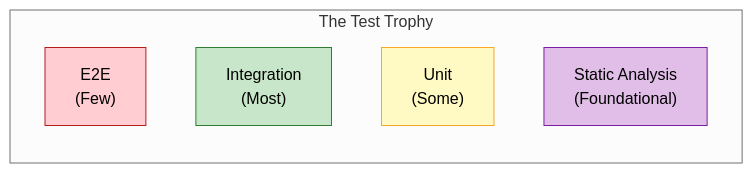
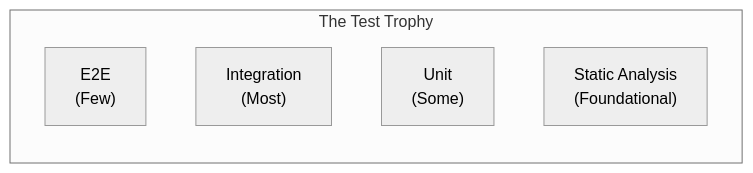
One commit to shivam-g-mishra/blog changed the second of 2 diagrams in docs/cicd/testing-quality.md. Above: the diagram before and after it, drawn with Mermaid. The commit also changed other lines of this file and 23 other files, not shown here.

First line of the commit message:
fix: improve Mermaid diagram visibility in dark mode

````diff
--- a/docs/cicd/testing-quality.md
+++ b/docs/cicd/testing-quality.md
@@ -261,16 +257,11 @@
 ```mermaid
 %%{init: {'theme': 'neutral'}}%%
 flowchart TB
     subgraph trophy["The Test Trophy"]
         direction TB
         E2E_T["E2E<br/>(Few)"]
         INT_T["Integration<br/>(Most)"]
         UNIT_T["Unit<br/>(Some)"]
         STATIC["Static Analysis<br/>(Foundational)"]
     end
-    
-    style E2E_T fill:#ffcdd2,stroke:#b71c1c
-    style INT_T fill:#c8e6c9,stroke:#2e7d32
-    style UNIT_T fill:#fff9c4,stroke:#f9a825
-    style STATIC fill:#e1bee7,stroke:#7b1fa2
 ```
````
